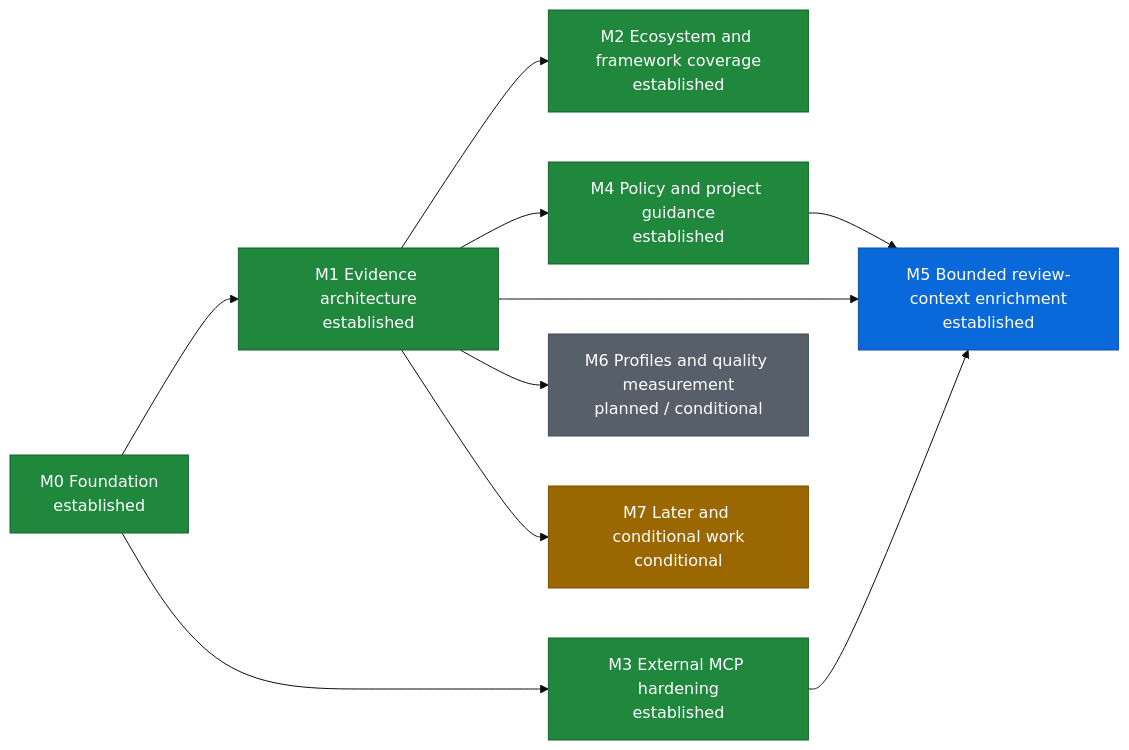
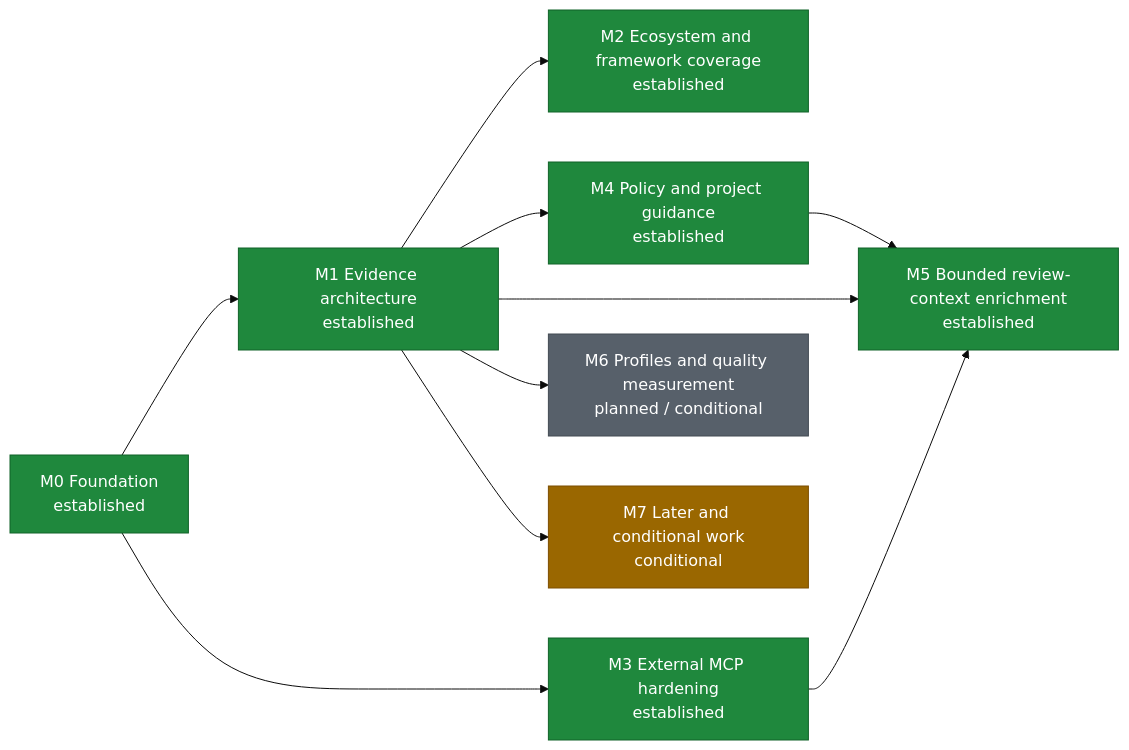
One commit to xeonvs/open-code-review-toolkit changed the diagram in ROADMAP.md. Above: the diagram before and after it, drawn with Mermaid (base theme). The commit also changed other lines of this file and 55 other files, not shown here.

````diff
--- a/ROADMAP.md
+++ b/ROADMAP.md
@@ -8,22 +8,21 @@
 ```mermaid
 flowchart LR
     M0["M0 Foundation<br/>established"] --> M1["M1 Evidence architecture<br/>established"]
     M0 --> M3["M3 External MCP hardening<br/>established"]
     M1 --> M2["M2 Ecosystem and framework coverage<br/>established"]
     M1 --> M4["M4 Policy and project guidance<br/>established"]
     M1 --> M5["M5 Bounded review-context enrichment<br/>established"]
     M3 --> M5
     M4 --> M5
     M1 --> M6["M6 Profiles and quality measurement<br/>planned / conditional"]
     M1 --> M7["M7 Later and conditional work<br/>conditional"]
 
     classDef established fill:#1f883d,stroke:#116329,color:#ffffff
     classDef next fill:#0969da,stroke:#0550ae,color:#ffffff
     classDef planned fill:#57606a,stroke:#424a53,color:#ffffff
     classDef conditional fill:#9a6700,stroke:#7d4e00,color:#ffffff
 
-    class M0,M1,M2,M3,M4 established
-    class M5 next
+    class M0,M1,M2,M3,M4,M5 established
     class M6 planned
     class M7 conditional
 ```
````
